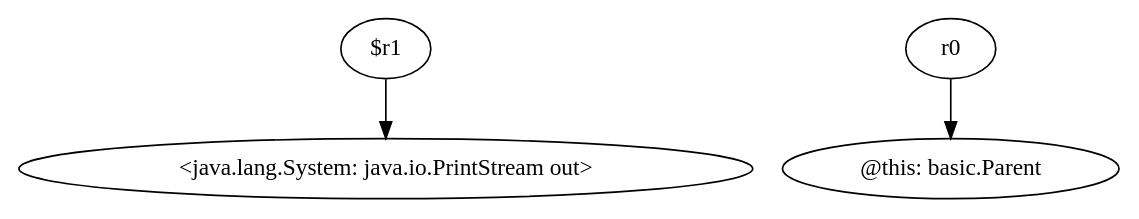
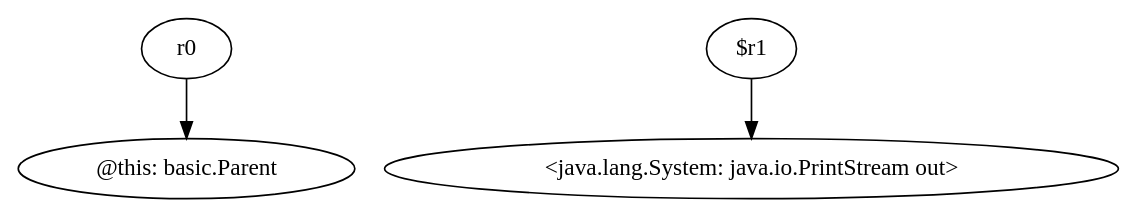
One commit to SeanCoek/zString changed the diagram in relation/<basic.Parent: void m1()>.dot. Above: the diagram before and after it, drawn with Graphviz. The commit also changed 86 other files, not shown here.

```diff
--- a/relation/<basic.Parent: void m1()>.dot
+++ b/relation/<basic.Parent: void m1()>.dot
@@ -1,8 +1,8 @@
 digraph g {
-0[label="$r1"]
-1[label="<java.lang.System: java.io.PrintStream out>"]
+0[label="r0"]
+1[label="@this: basic.Parent"]
 0->1[label=""]
-2[label="r0"]
-3[label="@this: basic.Parent"]
+2[label="$r1"]
+3[label="<java.lang.System: java.io.PrintStream out>"]
 2->3[label=""]
 }
```
